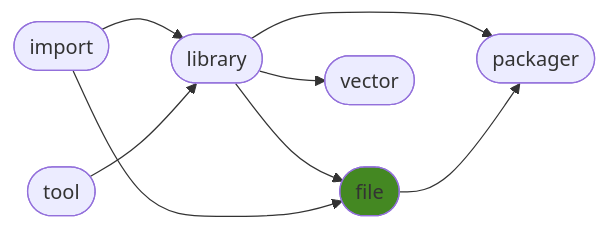
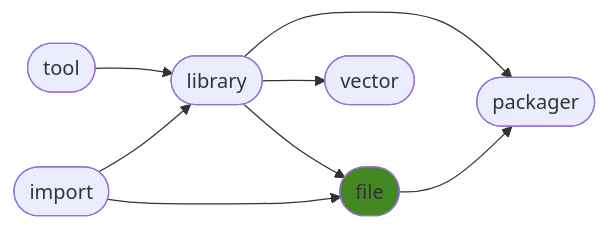
The diagram in README.md (ManderaGeneral/generalfile), drawn with Mermaid before and after one commit. The commit also changed other lines of this file, not shown here.

````diff
--- a/README.md
+++ b/README.md
@@ -24,17 +24,17 @@
 ```mermaid
 flowchart LR
+1([tool]) --> 2([library])
+2([library]) --> 5([packager])
+2([library]) --> 3([file])
+3([file]) --> 5([packager])
+0([import]) --> 3([file])
 0([import]) --> 2([library])
 2([library]) --> 4([vector])
-2([library]) --> 5([packager])
-2([library]) --> 3([file])
-1([tool]) --> 2([library])
-0([import]) --> 3([file])
-3([file]) --> 5([packager])
 click 0 "https://github.com/ManderaGeneral/generalimport"
 click 1 "https://github.com/ManderaGeneral/generaltool"
 click 2 "https://github.com/ManderaGeneral/generallibrary"
 click 3 "https://github.com/ManderaGeneral/generalfile"
 click 4 "https://github.com/ManderaGeneral/generalvector"
 click 5 "https://github.com/ManderaGeneral/generalpackager"
 style 3 fill:#482
 ```
````
